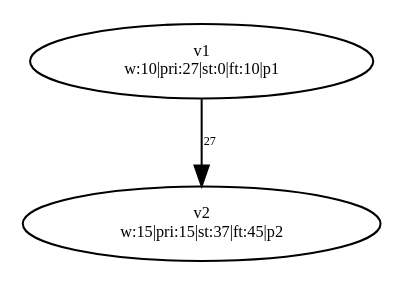
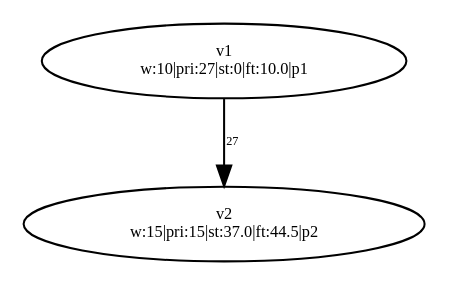
One commit to dexters1/Task-Scheduling-Based-on-Genetic-Algorithms changed the diagram in PythonApplication1/PythonApplication1/test-output/slika_1.gv. Above: the diagram before and after it, drawn with Graphviz. The commit also changed 112 other files, not shown here.

```diff
--- a/PythonApplication1/PythonApplication1/test-output/slika_1.gv
+++ b/PythonApplication1/PythonApplication1/test-output/slika_1.gv
@@ -1,7 +1,7 @@
 digraph {
 	v1 [label="v1
-w:10|pri:27|st:0|ft:10|p1" fontsize=8.0]
+w:10|pri:27|st:0|ft:10.0|p1" fontsize=8.0]
 	v2 [label="v2
-w:15|pri:15|st:37|ft:45|p2" fontsize=8.0]
+w:15|pri:15|st:37.0|ft:44.5|p2" fontsize=8.0]
 	v1 -> v2 [label=27 constraint=true fontsize=6.0]
 }
```
